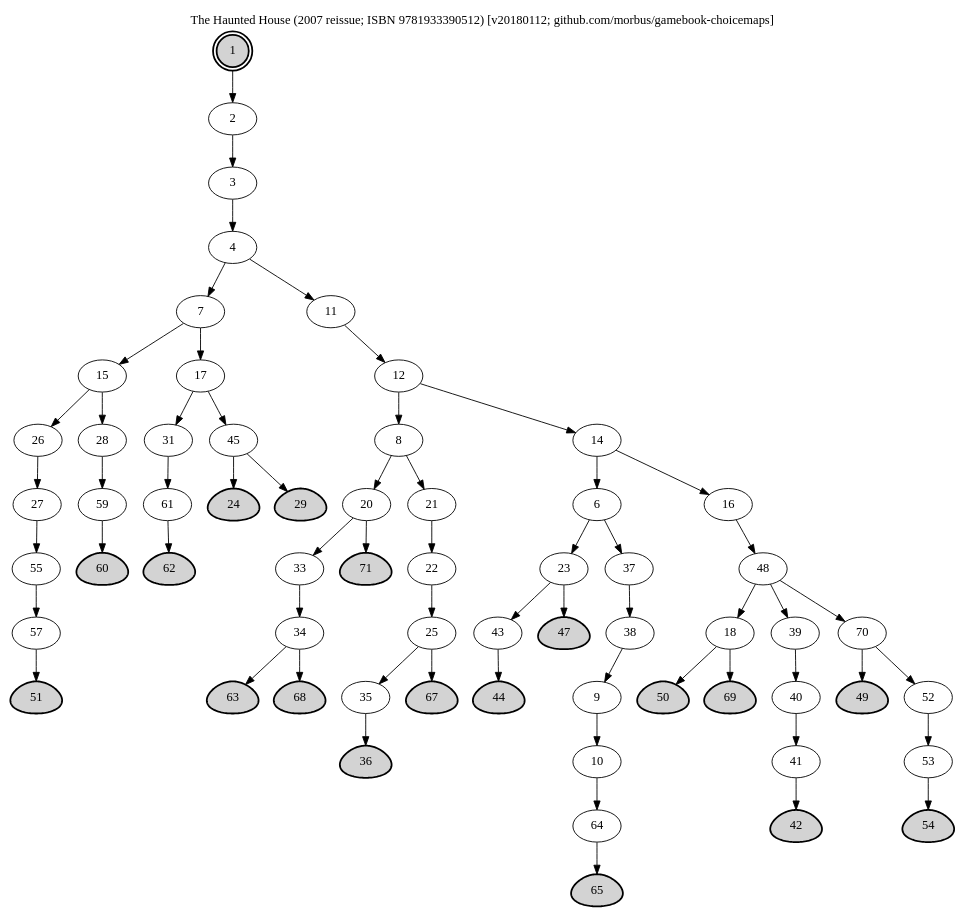
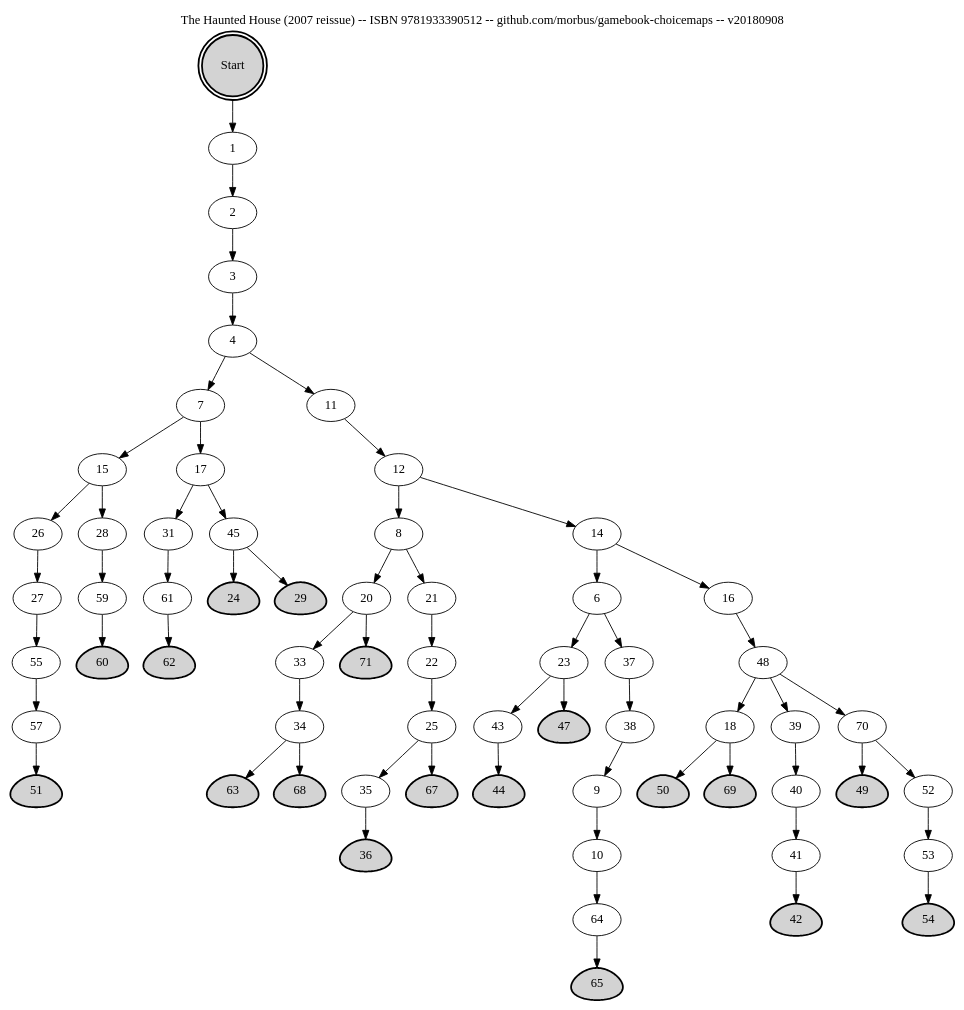
One commit to morbus/gamebook-choicemaps changed the diagram in choicemaps/the-haunted-house--2007-reissue--isbn-9781933390512/the-haunted-house--2007-reissue--isbn-9781933390512.gv. Above: the diagram before and after it, drawn with Graphviz. The commit also changed 10 other files, not shown here.

```diff
--- a/choicemaps/the-haunted-house--2007-reissue--isbn-9781933390512/the-haunted-house--2007-reissue--isbn-9781933390512.gv
+++ b/choicemaps/the-haunted-house--2007-reissue--isbn-9781933390512/the-haunted-house--2007-reissue--isbn-9781933390512.gv
@@ -1,194 +1,197 @@
-digraph "The Haunted House (2007 reissue; ISBN 9781933390512) [v20180112; github.com/morbus/gamebook-choicemaps]" {
+digraph "The Haunted House (2007 reissue) -- ISBN 9781933390512 -- github.com/morbus/gamebook-choicemaps -- v20180908" {
 rankdir=TB
 
 
-"1" [shape=doublecircle style="filled,bold" tooltip="4"]
+"Start" [shape=doublecircle style="filled,bold" tooltip="4"]
+"Start" -> "1"
+
+"1" [tooltip="5"]
 "1" -> "2"
 
-"2" [tooltip="5"]
+"2" [tooltip="6"]
 "2" -> "3"
 
-"3" [tooltip="6"]
+"3" [tooltip="7"]
 "3" -> "4"
 
-"4" [tooltip="7"]
+"4" [tooltip="8"]
 "4" -> "7"
 "4" -> "11"
 
-"6" [tooltip="8"]
+"6" [tooltip="9"]
 "6" -> "23"
 "6" -> "37"
 
-"7" [tooltip="9"]
+"7" [tooltip="10"]
 "7" -> "15"
 "7" -> "17"
 
-"8" [tooltip="10"]
+"8" [tooltip="11"]
 "8" -> "20"
 "8" -> "21"
 
-"9" [tooltip="11"]
+"9" [tooltip="12"]
 "9" -> "10"
 
-"10" [tooltip="12"]
+"10" [tooltip="13"]
 "10" -> "64"
 
-"11" [tooltip="13"]
+"11" [tooltip="14"]
 "11" -> "12"
 
-"12" [tooltip="14"]
+"12" [tooltip="15"]
 "12" -> "8"
 "12" -> "14"
 
-"14" [tooltip="15"]
+"14" [tooltip="16"]
 "14" -> "6"
 "14" -> "16"
 
-"15" [tooltip="16"]
+"15" [tooltip="17"]
 "15" -> "26"
 "15" -> "28"
 
-"16" [tooltip="17"]
+"16" [tooltip="18"]
 "16" -> "48"
 
-"17" [tooltip="18"]
+"17" [tooltip="19"]
 "17" -> "31"
 "17" -> "45"
 
-"18" [tooltip="19"]
+"18" [tooltip="20"]
 "18" -> "50"
 "18" -> "69"
 
-"20" [tooltip="20"]
+"20" [tooltip="21"]
 "20" -> "33"
 "20" -> "71"
 
-"21" [tooltip="21"]
+"21" [tooltip="22"]
 "21" -> "22"
 
-"22" [tooltip="22"]
+"22" [tooltip="23"]
 "22" -> "25"
 
-"23" [tooltip="23"]
+"23" [tooltip="24"]
 "23" -> "43"
 "23" -> "47"
 
-"24" [shape=egg style="filled,bold" tooltip="24"]
+"24" [shape=egg style="filled,bold" tooltip="25"]
 
-"25" [tooltip="25"]
+"25" [tooltip="26"]
 "25" -> "35"
 "25" -> "67"
 
-"26" [tooltip="26"]
+"26" [tooltip="27"]
 "26" -> "27"
 
-"27" [tooltip="27"]
+"27" [tooltip="28"]
 "27" -> "55"
 
-"28" [tooltip="28"]
+"28" [tooltip="29"]
 "28" -> "59"
 
-"29" [shape=egg style="filled,bold" tooltip="29"]
+"29" [shape=egg style="filled,bold" tooltip="30"]
 
-"31" [tooltip="30"]
+"31" [tooltip="31"]
 "31" -> "61"
 
-"33" [tooltip="31"]
+"33" [tooltip="32"]
 "33" -> "34"
 
-"34" [tooltip="32"]
+"34" [tooltip="33"]
 "34" -> "63"
 "34" -> "68"
 
-"35" [tooltip="33"]
+"35" [tooltip="34"]
 "35" -> "36"
 
-"36" [shape=egg style="filled,bold" tooltip="34"]
+"36" [shape=egg style="filled,bold" tooltip="35"]
 
-"37" [tooltip="35"]
+"37" [tooltip="36"]
 "37" -> "38"
 
-"38" [tooltip="36"]
+"38" [tooltip="37"]
 "38" -> "9"
 
-"39" [tooltip="37"]
+"39" [tooltip="38"]
 "39" -> "40"
 
-"40" [tooltip="38"]
+"40" [tooltip="39"]
 "40" -> "41"
 
-"41" [tooltip="39"]
+"41" [tooltip="40"]
 "41" -> "42"
 
-"42" [shape=egg style="filled,bold" tooltip="40"]
+"42" [shape=egg style="filled,bold" tooltip="41"]
 
-"43" [tooltip="41"]
+"43" [tooltip="42"]
 "43" -> "44"
 
-"44" [shape=egg style="filled,bold" tooltip="42"]
+"44" [shape=egg style="filled,bold" tooltip="43"]
 
-"45" [tooltip="43"]
+"45" [tooltip="44"]
 "45" -> "24"
 "45" -> "29"
 
-"47" [shape=egg style="filled,bold" tooltip="44"]
+"47" [shape=egg style="filled,bold" tooltip="45"]
 
-"48" [tooltip="45"]
+"48" [tooltip="46"]
 "48" -> "18"
 "48" -> "39"
 "48" -> "70"
 
-"49" [shape=egg style="filled,bold" tooltip="46"]
+"49" [shape=egg style="filled,bold" tooltip="47"]
 
-"50" [shape=egg style="filled,bold" tooltip="47"]
+"50" [shape=egg style="filled,bold" tooltip="48"]
 
-"51" [shape=egg style="filled,bold" tooltip="48"]
+"51" [shape=egg style="filled,bold" tooltip="49"]
 
-"52" [tooltip="49"]
+"52" [tooltip="50"]
 "52" -> "53"
 
-"53" [tooltip="50"]
+"53" [tooltip="51"]
 "53" -> "54"
 
-"54" [shape=egg style="filled,bold" tooltip="51"]
+"54" [shape=egg style="filled,bold" tooltip="52"]
 
-"55" [tooltip="52"]
+"55" [tooltip="53"]
 "55" -> "57"
 
-"57" [tooltip="53"]
+"57" [tooltip="54"]
 "57" -> "51"
 
-"59" [tooltip="54"]
+"59" [tooltip="55"]
 "59" -> "60"
 
-"60" [shape=egg style="filled,bold" tooltip="55"]
+"60" [shape=egg style="filled,bold" tooltip="56"]
 
-"61" [tooltip="56"]
+"61" [tooltip="57"]
 "61" -> "62"
 
-"62" [shape=egg style="filled,bold" tooltip="57"]
+"62" [shape=egg style="filled,bold" tooltip="58"]
 
-"63" [shape=egg style="filled,bold" tooltip="58"]
+"63" [shape=egg style="filled,bold" tooltip="59"]
 
-"64" [tooltip="59"]
+"64" [tooltip="60"]
 "64" -> "65"
 
-"65" [shape=egg style="filled,bold" tooltip="60"]
+"65" [shape=egg style="filled,bold" tooltip="61"]
 
-"67" [shape=egg style="filled,bold" tooltip="61"]
+"67" [shape=egg style="filled,bold" tooltip="62"]
 
-"68" [shape=egg style="filled,bold" tooltip="62"]
+"68" [shape=egg style="filled,bold" tooltip="63"]
 
-"69" [shape=egg style="filled,bold" tooltip="63"]
+"69" [shape=egg style="filled,bold" tooltip="64"]
 
-"70" [tooltip="64"]
+"70" [tooltip="65"]
 "70" -> "49"
 "70" -> "52"
 
-"71" [shape=egg style="filled,bold" tooltip="65"]
+"71" [shape=egg style="filled,bold" tooltip="66"]
 
 labelloc="t"
 
-label="The Haunted House (2007 reissue; ISBN 9781933390512) [v20180112; github.com/morbus/gamebook-choicemaps]"
+label="The Haunted House (2007 reissue) -- ISBN 9781933390512 -- github.com/morbus/gamebook-choicemaps -- v20180908"
 
 }
```
